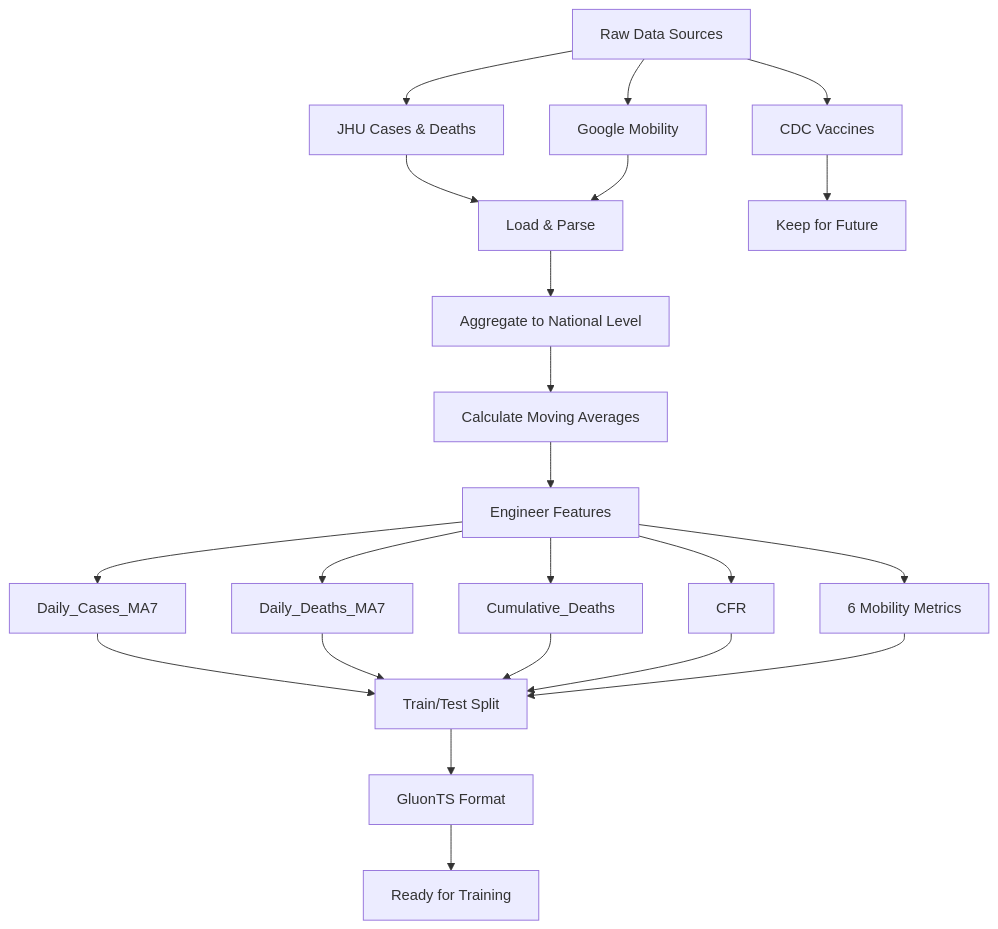
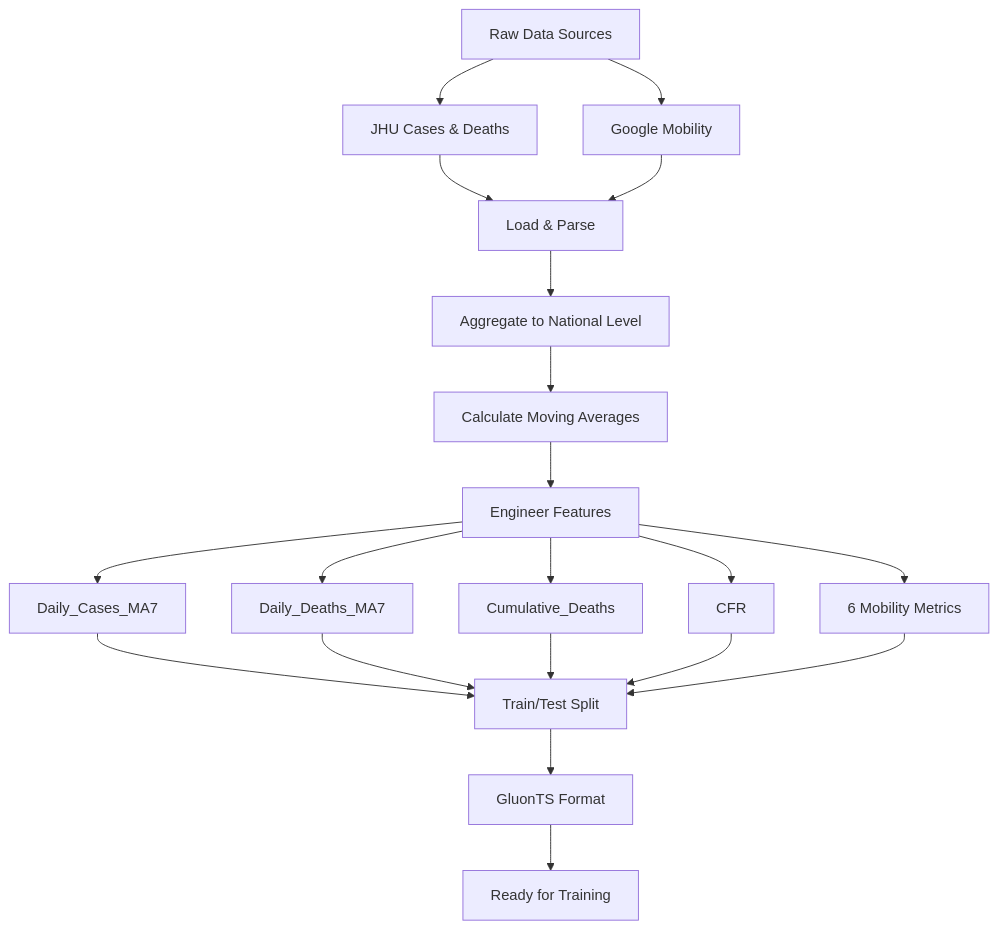
One commit to gpsaggese-org/umd_classes changed the diagram in class_project/MSML610/Fall2025/Projects/TutorTask121_GluonTS_COVID_19_Case_Prediction/README.md. Above: the diagram before and after it, drawn with Mermaid. The commit also changed other lines of this file and 1 other file, not shown here.

````diff
--- a/class_project/MSML610/Fall2025/Projects/TutorTask121_GluonTS_COVID_19_Case_Prediction/README.md
+++ b/class_project/MSML610/Fall2025/Projects/TutorTask121_GluonTS_COVID_19_Case_Prediction/README.md
@@ -172,29 +171,27 @@
 ```mermaid
 flowchart TB
     A[Raw Data Sources] --> B[JHU Cases & Deaths]
     A --> C[Google Mobility]
-    A --> D[CDC Vaccines]
-    
+
     B --> E[Load & Parse]
     C --> E
-    D --> F[Keep for Future]
     
     E --> G[Aggregate to National Level]
     G --> H[Calculate Moving Averages]
     H --> I[Engineer Features]
     
     I --> J[Daily_Cases_MA7]
     I --> K[Daily_Deaths_MA7]
     I --> L[Cumulative_Deaths]
     I --> M[CFR]
     I --> N[6 Mobility Metrics]
     
     J --> O[Train/Test Split]
     K --> O
     L --> O
     M --> O
     N --> O
     
     O --> P[GluonTS Format]
     P --> Q[Ready for Training]
 ```
````
